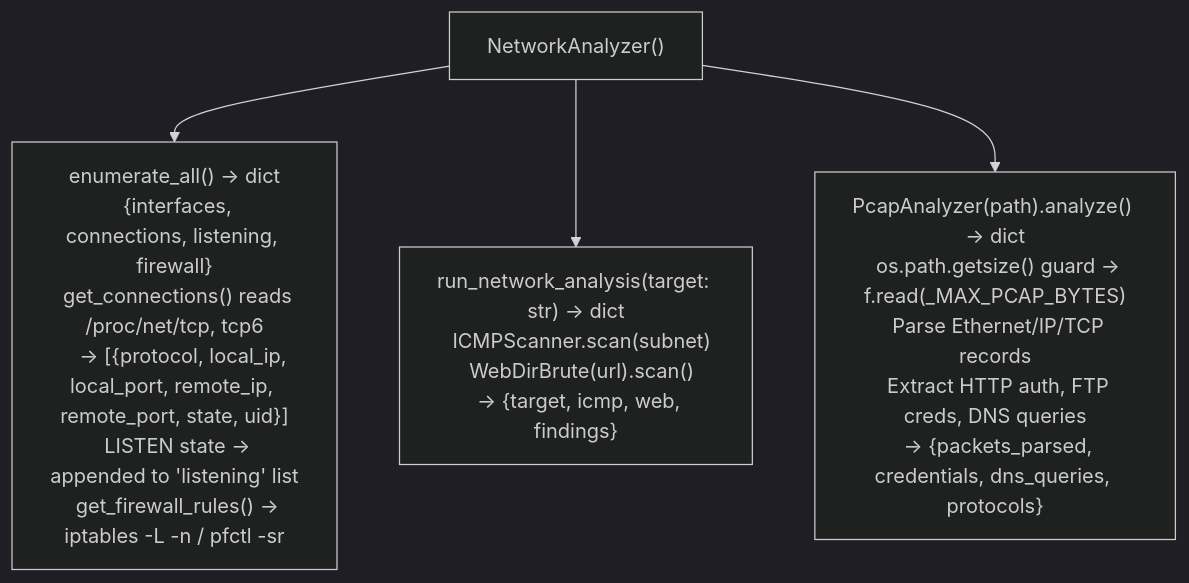
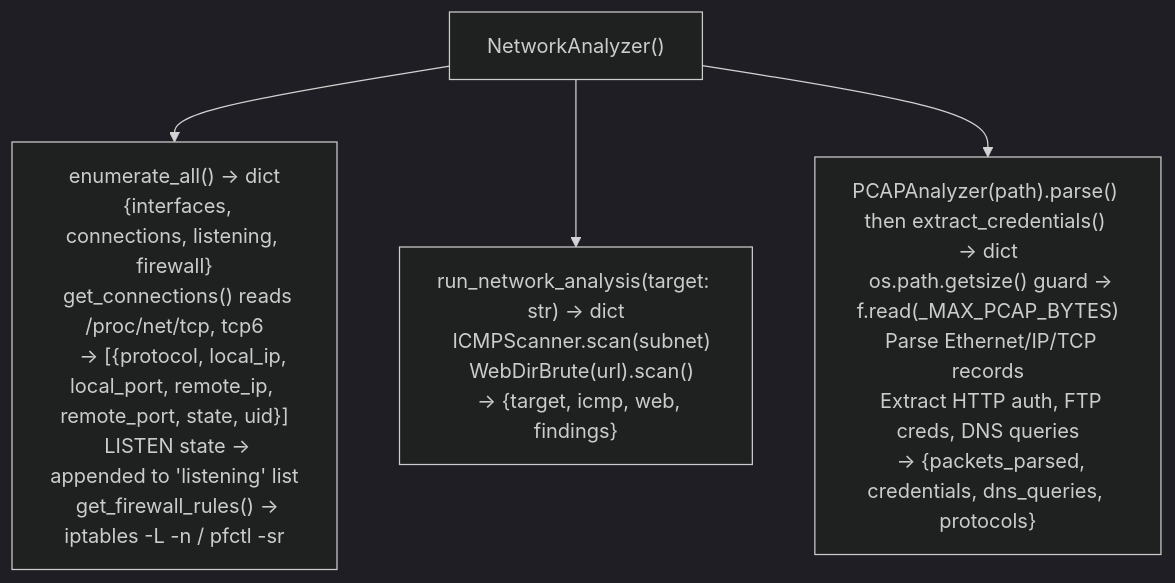
The diagram in docs/reference-modules/network-analyze.md (Ablation-Tool/ablation), drawn with Mermaid (dark theme) before and after one commit. The commit also changed other lines of this file and 1 other file, not shown here.

Commit message:
docs: fix TaintTrackerLA64 → LoongArch64TaintTracker; PcapAnalyzer → PCAPAnalyzer (batch 7)
Source-verified corrections:
- taint-analysis-2: TaintTrackerLA64 class does not exist in
  taint_tracker_loongarch64.py. Actual class: LoongArch64TaintTracker (line 595).
  Usage updated to from_path().run_interprocedural(). Mermaid diagram corrected.
  TaintFindingLA64 field names corrected (tainted_args, source_name, not arg_reg/taint).
- network-analyze: PcapAnalyzer.analyze() → PCAPAnalyzer.parse() (line 282 in
  network_analyze.py; PCAPAnalyzer has no analyze() method).

````diff
--- a/docs/reference-modules/network-analyze.md
+++ b/docs/reference-modules/network-analyze.md
@@ -29,6 +29,6 @@
 ```mermaid
 flowchart TD
     A["NetworkAnalyzer()"] --> B["enumerate_all() → dict\n  {interfaces, connections, listening, firewall}\n  get_connections() reads /proc/net/tcp, tcp6\n    → [{protocol, local_ip, local_port, remote_ip, remote_port, state, uid}]\n  LISTEN state → appended to 'listening' list\n  get_firewall_rules() → iptables -L -n / pfctl -sr"]
     A --> C["run_network_analysis(target: str) → dict\n  ICMPScanner.scan(subnet)\n  WebDirBrute(url).scan()\n  → {target, icmp, web, findings}"]
-    A --> D["PcapAnalyzer(path).analyze() → dict\n  os.path.getsize() guard → f.read(_MAX_PCAP_BYTES)\n  Parse Ethernet/IP/TCP records\n  Extract HTTP auth, FTP creds, DNS queries\n  → {packets_parsed, credentials, dns_queries, protocols}"]
+    A --> D["PCAPAnalyzer(path).parse() then extract_credentials() → dict\n  os.path.getsize() guard → f.read(_MAX_PCAP_BYTES)\n  Parse Ethernet/IP/TCP records\n  Extract HTTP auth, FTP creds, DNS queries\n  → {packets_parsed, credentials, dns_queries, protocols}"]
 ```
````
